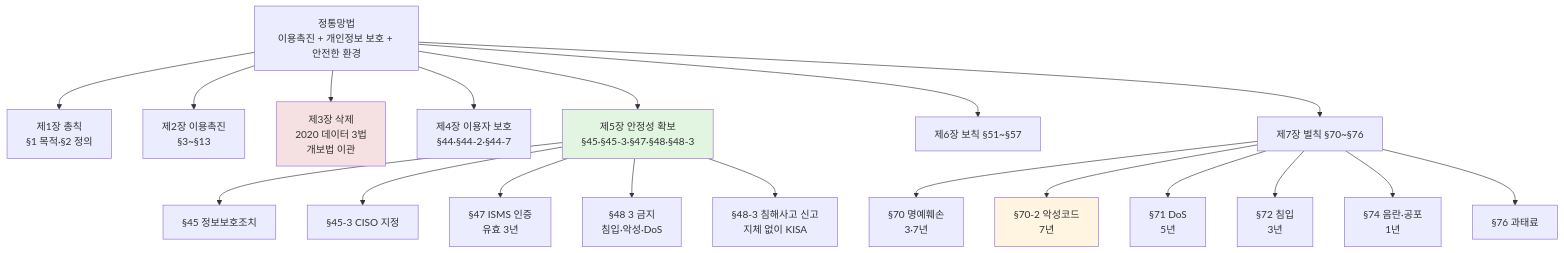
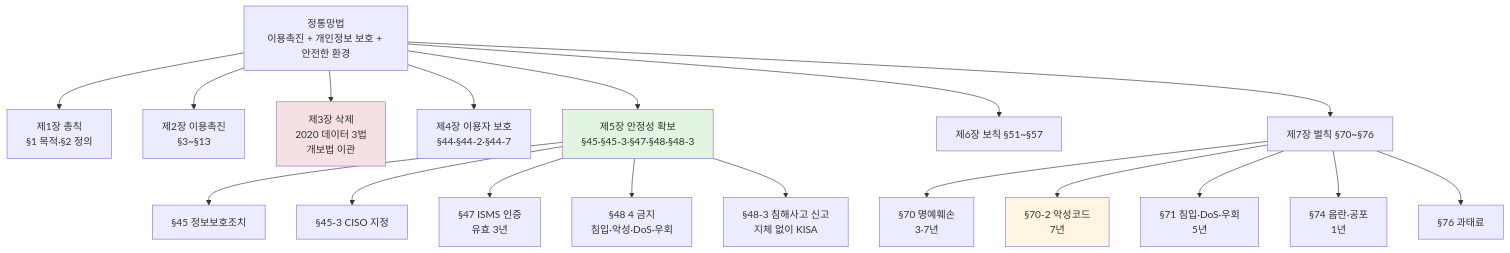
One commit to ianrang/cs-study changed the second of 5 diagrams in cs/information-security/study/05.management-and-law/07.security-laws.md. Above: the diagram before and after it, drawn with Mermaid. The commit also changed other lines of this file and 1 other file, not shown here.

````diff
--- a/cs/information-security/study/05.management-and-law/07.security-laws.md
+++ b/cs/information-security/study/05.management-and-law/07.security-laws.md
@@ -553,29 +559,28 @@
 ```mermaid
 graph TD
   TOP[정통망법<br/>이용촉진 + 개인정보 보호 + 안전한 환경]
 
   TOP --> CH1[제1장 총칙<br/>§1 목적·§2 정의]
   TOP --> CH2[제2장 이용촉진<br/>§3~§13]
   TOP --> CH3[제3장 삭제<br/>2020 데이터 3법<br/>개보법 이관]
   TOP --> CH4[제4장 이용자 보호<br/>§44·§44-2·§44-7]
   TOP --> CH5[제5장 안정성 확보<br/>§45·§45-3·§47·§48·§48-3]
   TOP --> CH6[제6장 보칙 §51~§57]
   TOP --> CH7[제7장 벌칙 §70~§76]
 
   CH5 --> S45[§45 정보보호조치]
   CH5 --> S453[§45-3 CISO 지정]
   CH5 --> S47[§47 ISMS 인증<br/>유효 3년]
-  CH5 --> S48[§48 3 금지<br/>침입·악성·DoS]
+  CH5 --> S48[§48 4 금지<br/>침입·악성·DoS·우회]
   CH5 --> S483[§48-3 침해사고 신고<br/>지체 없이 KISA]
 
   CH7 --> P1[§70 명예훼손<br/>3·7년]
   CH7 --> P2[§70-2 악성코드<br/>7년]
-  CH7 --> P3[§71 DoS<br/>5년]
-  CH7 --> P4[§72 침입<br/>3년]
+  CH7 --> P3[§71 침입·DoS·우회<br/>5년]
   CH7 --> P5[§74 음란·공포<br/>1년]
   CH7 --> P6[§76 과태료]
 
   style CH3 fill:#f5e1e1
   style CH5 fill:#e1f5e1
   style P2 fill:#fff5e1
 ```
````
